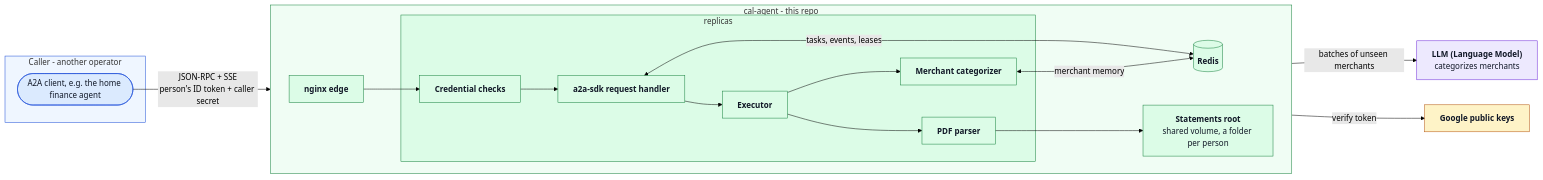
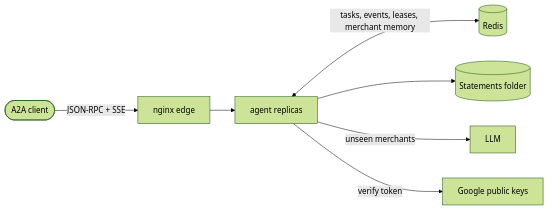
One commit to erancha/cal-agent changed the diagram in README.md. Above: the diagram before and after it, drawn with Mermaid (forest theme). The commit also changed other lines of this file and 63 other files, not shown here.

````diff
--- a/README.md
+++ b/README.md
@@ -19,33 +65,9 @@
 ```mermaid
 flowchart LR
-  subgraph CALLER[Caller  - another operator]
-    C([A2A client, e.g. the home finance agent])
-  end
-  C -->|JSON-RPC + SSE<br/>person's ID token + caller secret| N
-  subgraph CAL[cal-agent  - this repo]
-    direction LR
-    N["<b>nginx edge</b>"] --> W
-    subgraph R[replicas]
-      W["<b>Credential checks</b>"] --> H["<b>a2a-sdk request handler</b>"]
-      H --> X["<b>Executor</b>"]
-      X --> P["<b>PDF parser</b>"]
-      X --> M["<b>Merchant categorizer</b>"]
-    end
-    H <-->|tasks, events, leases| T[("<b>Redis</b>")]
-    M <-->|merchant memory| T
-    P --> F["<b>Statements root</b><br/>shared volume, a folder per person"]
-  end
-  M -->|batches of unseen merchants| L["<b>LLM (Language Model)</b><br/>categorizes merchants"]
-  W -->|verify token| G["<b>Google public keys</b>"]
-  classDef caller fill:#dbeafe,stroke:#1d4ed8,color:#111827
-  classDef cal fill:#dcfce7,stroke:#15803d,color:#111827
-  classDef goog fill:#fef3c7,stroke:#b45309,color:#111827
-  classDef llm fill:#ede9fe,stroke:#6d28d9,color:#111827
-  class C caller
-  class N,W,H,X,T,F,P,M cal
-  class G goog
-  class L llm
-  style CALLER fill:#eff6ff,stroke:#1d4ed8
-  style CAL fill:#f0fdf4,stroke:#15803d
-  style R fill:#dcfce7,stroke:#15803d
+  C([A2A client]) -->|JSON-RPC + SSE| N[nginx edge]
+  N --> R[agent replicas]
+  R <-->|tasks, events, leases, merchant memory| T[(Redis)]
+  R --> F[(Statements folder)]
+  R -->|unseen merchants| L[LLM]
+  R -->|verify token| G[Google public keys]
 ```
````
